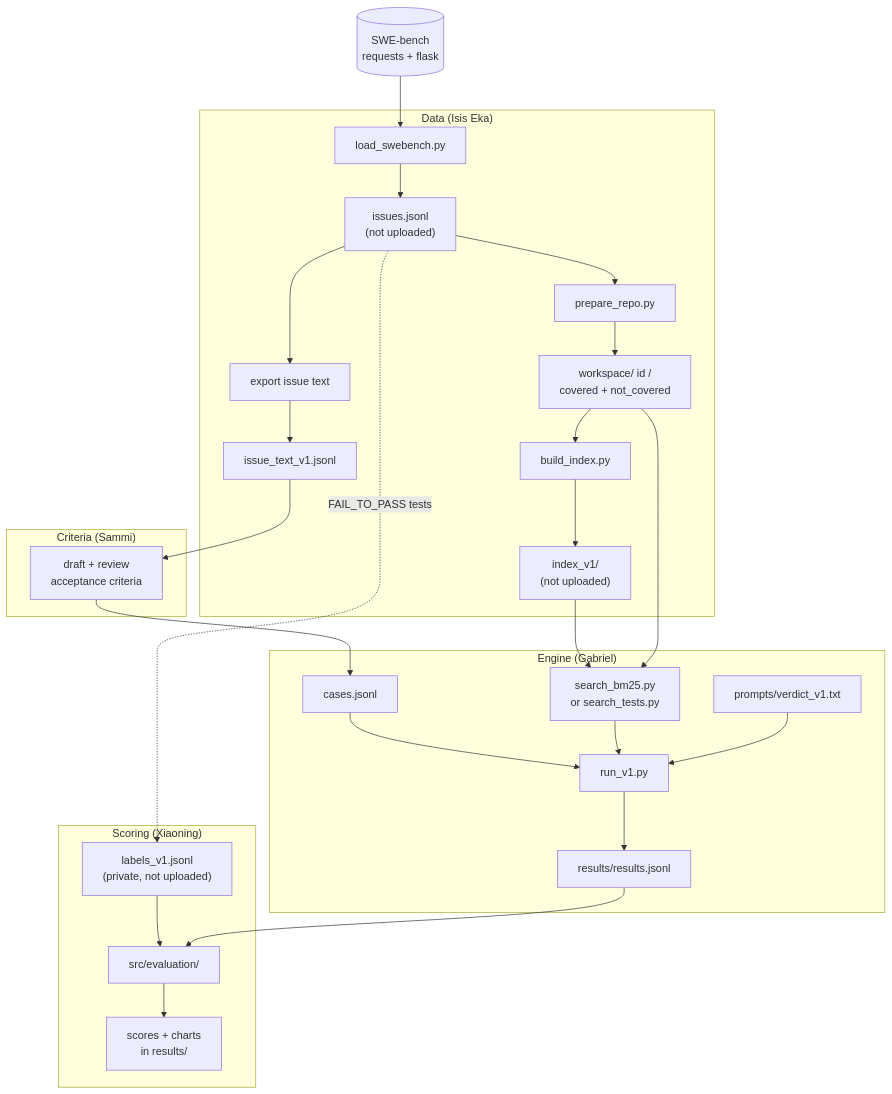
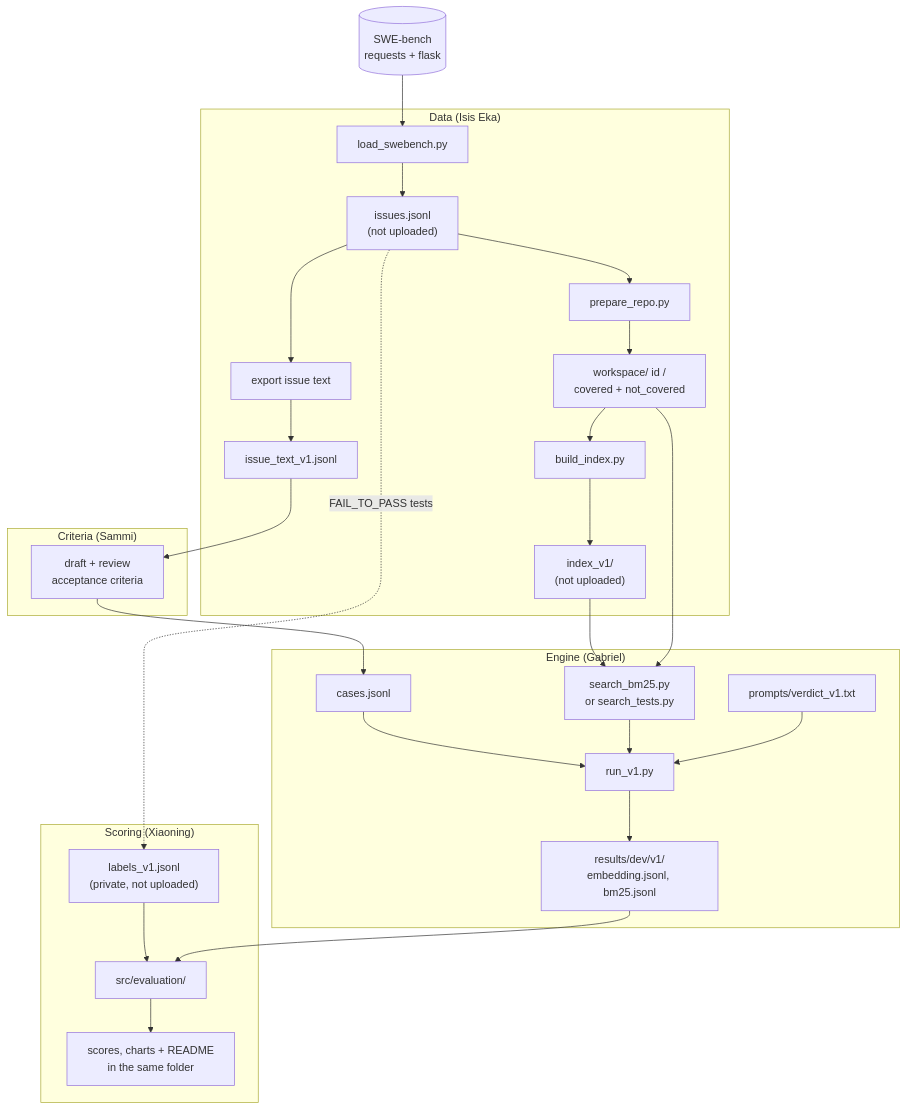
The first of 2 diagrams in docs/architecture.md (isis-eka/group6-traceability), drawn with Mermaid before and after one commit. The commit also changed 12 other files, not shown here.

First line of the commit message:
Organise results into one folder per round (results/dev/v1)

````diff
--- a/docs/architecture.md
+++ b/docs/architecture.md
@@ -9,37 +9,37 @@
 ```mermaid
 flowchart TB
     swe[("SWE-bench<br/>requests + flask")]
 
     subgraph data["Data (Isis Eka)"]
         load["load_swebench.py"] --> issues["issues.jsonl<br/>(not uploaded)"]
         issues --> prep["prepare_repo.py"]
         prep --> ws["workspace/ id /<br/>covered + not_covered"]
         issues --> export["export issue text"]
         export --> text["issue_text_v1.jsonl"]
         ws --> build["build_index.py"]
         build --> index["index_v1/<br/>(not uploaded)"]
     end
 
     subgraph criteria["Criteria (Sammi)"]
         text --> draft["draft + review<br/>acceptance criteria"]
     end
 
     subgraph engine["Engine (Gabriel)"]
         draft --> cases["cases.jsonl"]
         cases --> run["run_v1.py"]
         search["search_bm25.py<br/>or search_tests.py"] --> run
         index --> search
         ws --> search
         prompt["prompts/verdict_v1.txt"] --> run
-        run --> results["results/results.jsonl"]
+        run --> results["results/dev/v1/<br/>embedding.jsonl, bm25.jsonl"]
     end
 
     subgraph scoring["Scoring (Xiaoning)"]
         labels["labels_v1.jsonl<br/>(private, not uploaded)"] --> eval["src/evaluation/"]
         results --> eval
-        eval --> scores["scores + charts<br/>in results/"]
+        eval --> scores["scores, charts + README<br/>in the same folder"]
     end
 
     swe --> load
     issues -. "FAIL_TO_PASS tests" .-> labels
 ```
````
